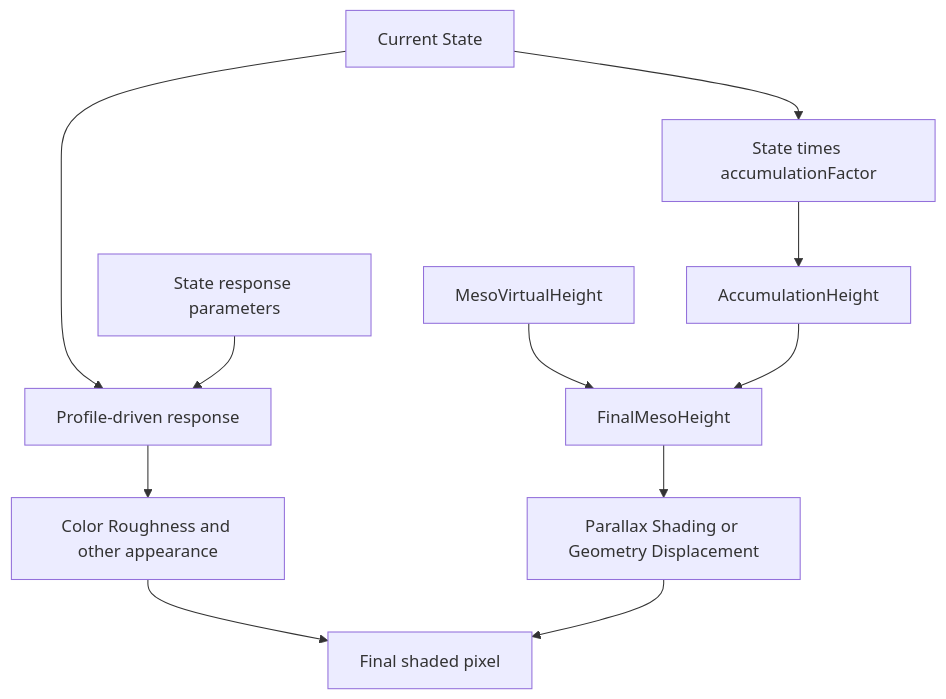
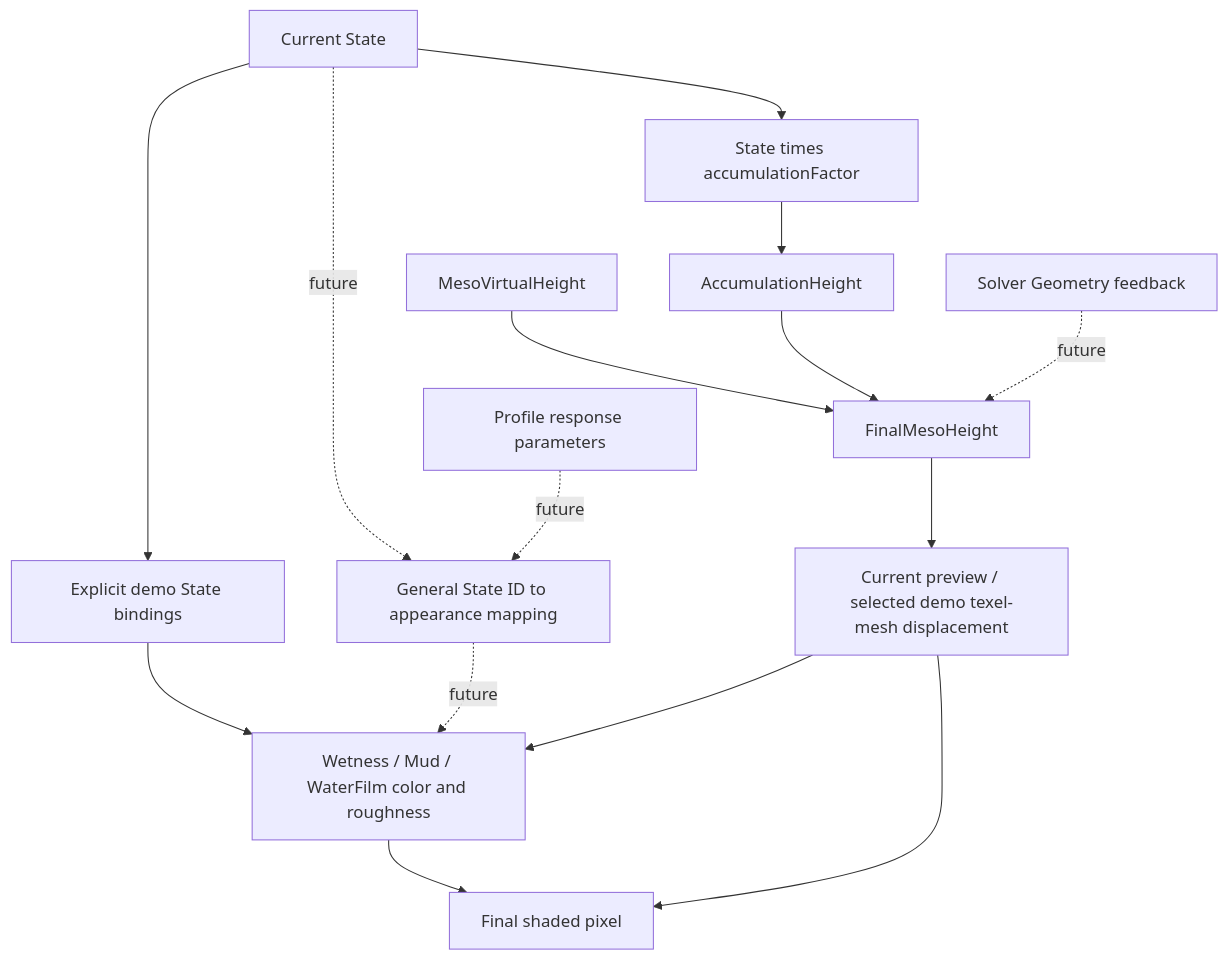
One commit to Yonaim/Material-Dependent-Surface-State-Engine changed the third of 3 diagrams in Docs/MDSSP-Vault/Flow-Maps/0004_Rendering-Flow.md. Above: the diagram before and after it, drawn with Mermaid. The commit also changed other lines of this file and 12 other files, not shown here.

Commit message:
Docs: Geometry feedback 설계와 개발 기록 갱신

````diff
--- a/Docs/MDSSP-Vault/Flow-Maps/0004_Rendering-Flow.md
+++ b/Docs/MDSSP-Vault/Flow-Maps/0004_Rendering-Flow.md
@@ -78,15 +85,19 @@
 ```mermaid
 flowchart TD
-  State["Current State"] --> Ratio["Profile-driven response"]
-  Profile["State response parameters"] --> Ratio
-  Ratio --> Material["Color Roughness and other appearance"]
+  State["Current State"] --> Demo["Explicit demo State bindings"]
+  Demo --> Material["Wetness / Mud / WaterFilm color and roughness"]
+  State -. future .-> General["General State ID to appearance mapping"]
+  Profile["Profile response parameters"] -. future .-> General
+  General -. future .-> Material
 
   State --> Amount["State times accumulationFactor"]
   Amount --> Accumulation["AccumulationHeight"]
   Meso["MesoVirtualHeight"] --> FinalHeight["FinalMesoHeight"]
   Accumulation --> FinalHeight
-  FinalHeight --> Method["Parallax Shading or Geometry Displacement"]
+  FinalHeight --> Method["Current preview / selected demo texel-mesh displacement"]
+  Method --> Material
+  Feedback["Solver Geometry feedback"] -. future .-> FinalHeight
 
   Material --> Pixel["Final shaded pixel"]
   Method --> Pixel
 ```
````
